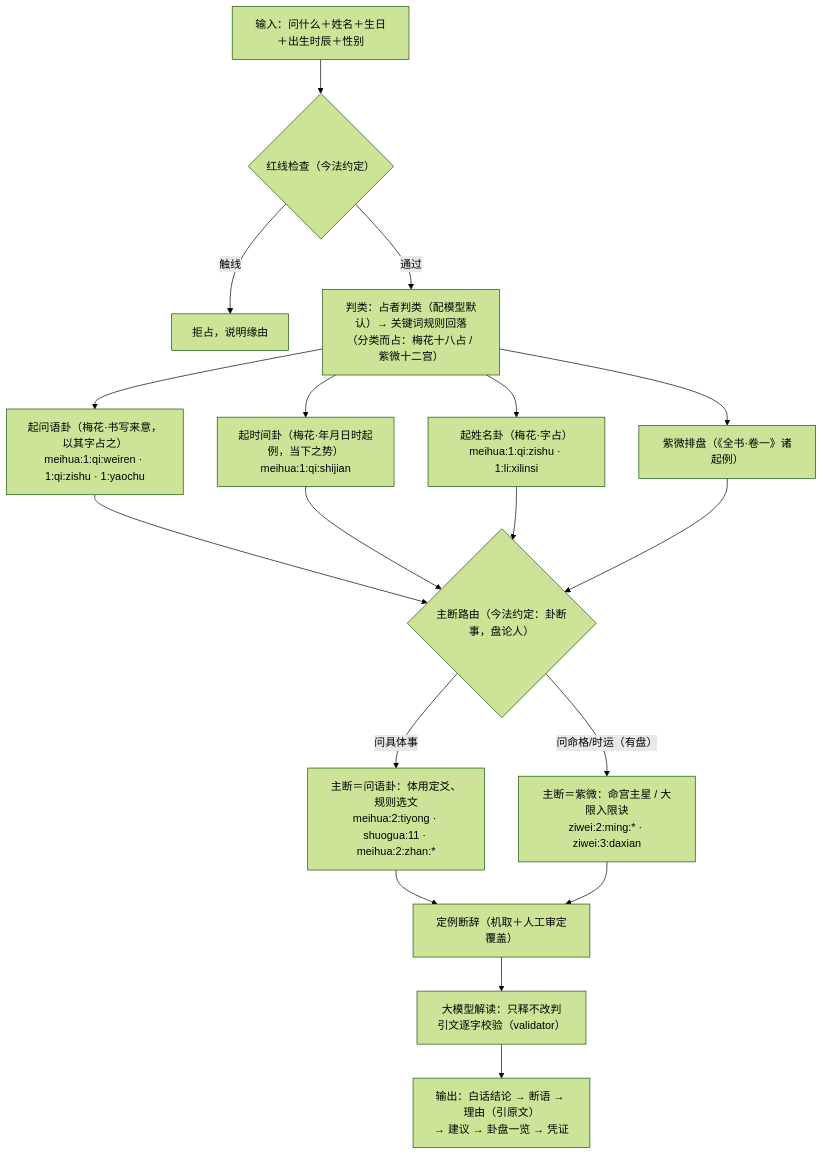
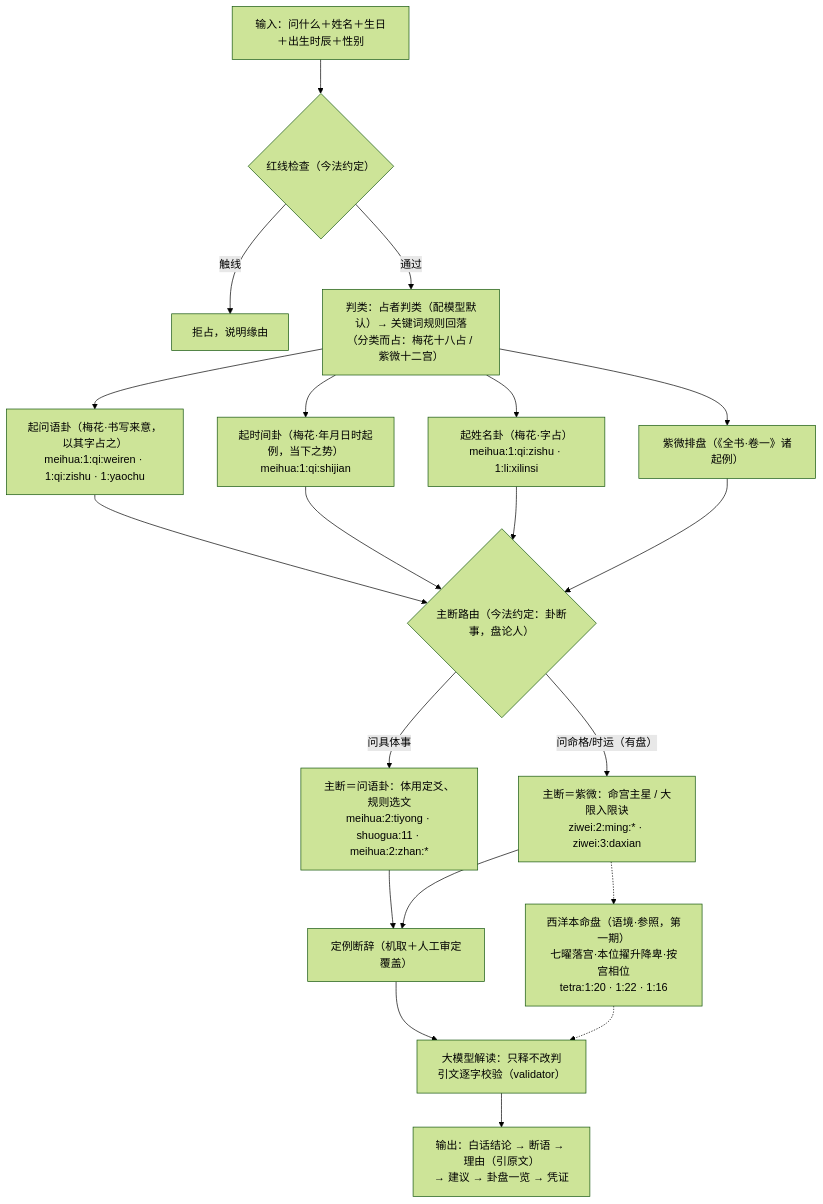
Before and after one commit to LL145/Zhihu: the diagram in ALGORITHM.md, drawn with Mermaid (forest theme). The commit also changed other lines of this file and 18 other files, not shown here.

````diff
--- a/ALGORITHM.md
+++ b/ALGORITHM.md
@@ -40,20 +40,22 @@
 ```mermaid
 flowchart TD
     IN["输入：问什么＋姓名＋生日＋出生时辰＋性别"] --> RL{"红线检查（今法约定）"}
     RL -- 触线 --> REFUSE["拒占，说明缘由"]
     RL -- 通过 --> TP["判类：占者判类（配模型默认）→ 关键词规则回落<br/>（分类而占：梅花十八占 / 紫微十二宫）"]
     TP --> C0["起问语卦（梅花·书写来意，以其字占之）<br/>meihua:1:qi:weiren · 1:qi:zishu · 1:yaochu"]
     TP --> C1["起时间卦（梅花·年月日时起例，当下之势）<br/>meihua:1:qi:shijian"]
     TP --> C2["起姓名卦（梅花·字占）<br/>meihua:1:qi:zishu · 1:li:xilinsi"]
     TP --> C3["紫微排盘（《全书·卷一》诸起例）"]
     C0 --> ROUTE{"主断路由（今法约定：卦断事，盘论人）"}
     C1 --> ROUTE
     C2 --> ROUTE
     C3 --> ROUTE
     ROUTE -- "问具体事" --> E1["主断＝问语卦：体用定爻、规则选文<br/>meihua:2:tiyong · shuogua:11 · meihua:2:zhan:*"]
     ROUTE -- "问命格/时运（有盘）" --> Z1["主断＝紫微：命宫主星 / 大限入限诀<br/>ziwei:2:ming:* · ziwei:3:daxian"]
     E1 --> V["定例断辞（机取＋人工审定覆盖）"]
     Z1 --> V
+    Z1 -.-> AS["西洋本命盘（语境·参照，第一期）<br/>七曜落宫·本位擢升降卑·按宫相位<br/>tetra:1:20 · 1:22 · 1:16"]
+    AS -.-> LLM
     V --> LLM["大模型解读：只释不改判<br/>引文逐字校验（validator）"]
     LLM --> OUT["输出：白话结论 → 断语 → 理由（引原文）<br/>→ 建议 → 卦盘一览 → 凭证"]
 ```
````
